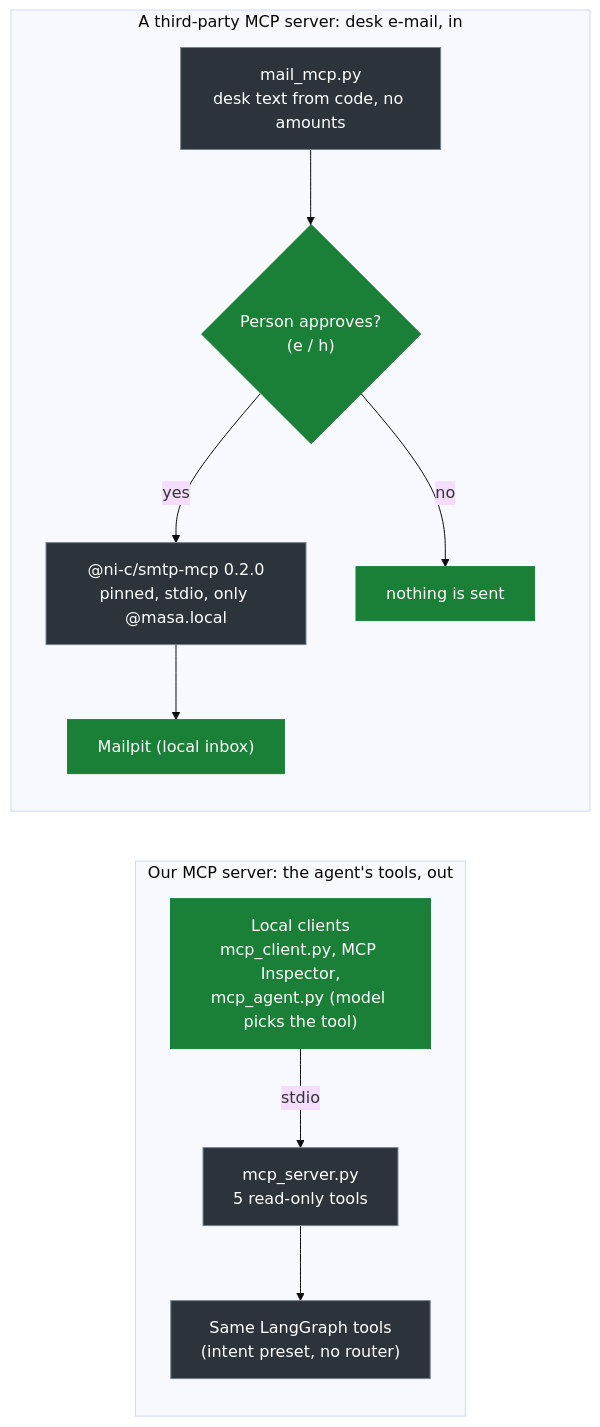
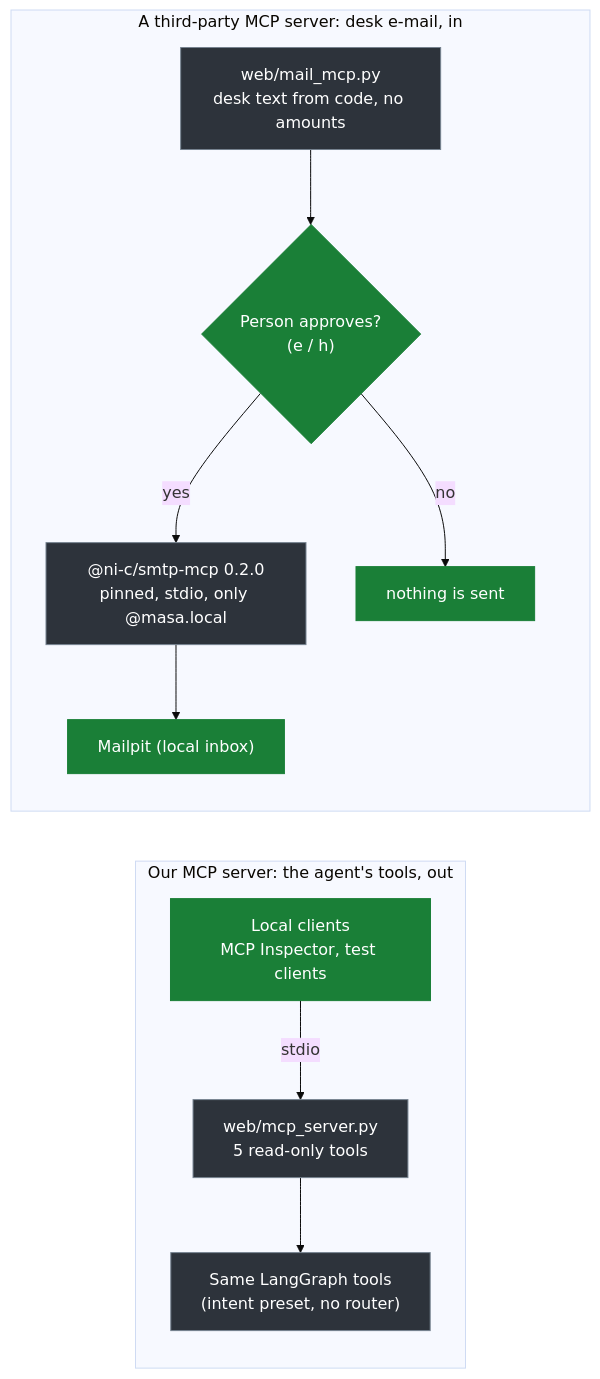
Before and after one commit to sfeyzayildiz/kap-triage: the third of 3 diagrams in docs/architecture.md, drawn with Mermaid (base theme). The commit also changed other lines of this file and 6 other files, not shown here.

Commit message:
Living docs for v2: reviewer guide, runbook, docker, n8n guide, architecture and the docs index use the kap_triage/ package and main.py; new v1 → v2 file map; rule files, results and PROJECT_NOTES unchanged (#4)

````diff
--- a/docs/architecture.md
+++ b/docs/architecture.md
@@ -94,16 +96,16 @@
 ```mermaid
 flowchart LR
     classDef llm fill:#8250df,stroke:#8250df,color:#ffffff
     classDef code fill:#2d333b,stroke:#768390,color:#ffffff
     classDef out fill:#1a7f37,stroke:#1a7f37,color:#ffffff
 
     subgraph OUT["Our MCP server: the agent's tools, out"]
-        C["Local clients<br/>mcp_client.py, MCP Inspector,<br/>mcp_agent.py (model picks the tool)"]:::out -- stdio --> S["mcp_server.py<br/>5 read-only tools"]:::code
+        C["Local clients<br/>MCP Inspector, test clients"]:::out -- stdio --> S["web/mcp_server.py<br/>5 read-only tools"]:::code
         S --> G["Same LangGraph tools<br/>(intent preset, no router)"]:::code
     end
     subgraph IN["A third-party MCP server: desk e-mail, in"]
-        M["mail_mcp.py<br/>desk text from code, no amounts"]:::code --> H{"Person approves?<br/>(e / h)"}:::out
+        M["web/mail_mcp.py<br/>desk text from code, no amounts"]:::code --> H{"Person approves?<br/>(e / h)"}:::out
         H -- yes --> SM["@ni-c/smtp-mcp 0.2.0<br/>pinned, stdio, only @masa.local"]:::code --> MP["Mailpit (local inbox)"]:::out
         H -- no --> X["nothing is sent"]:::out
     end
 ```
````
